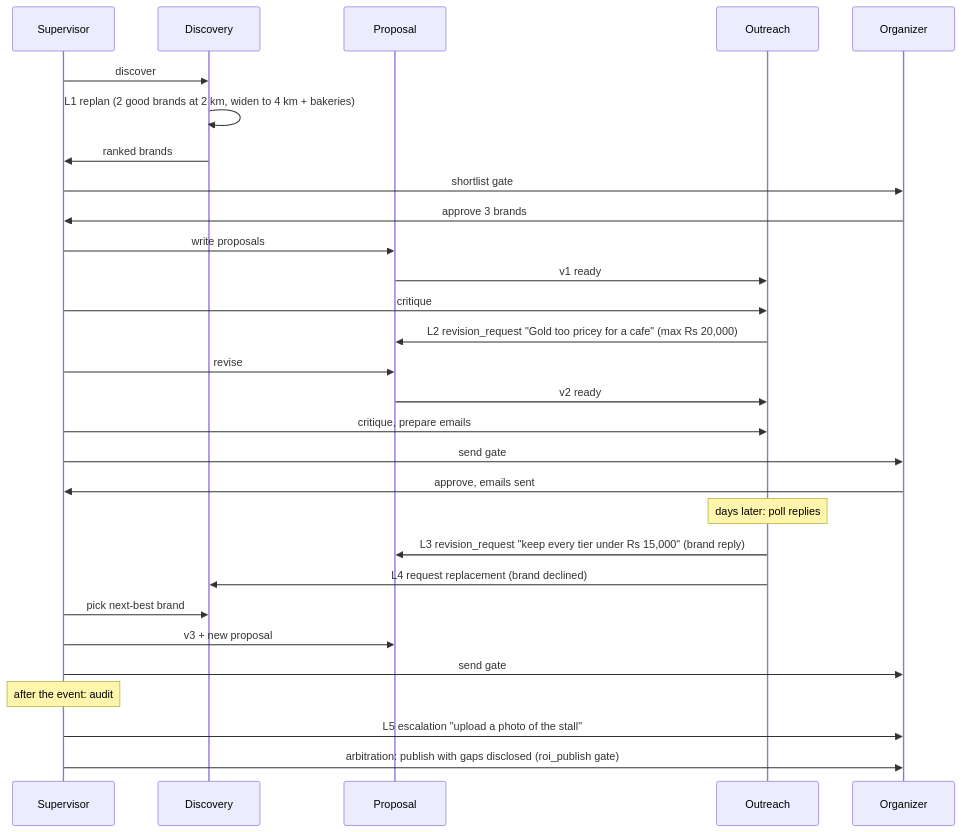
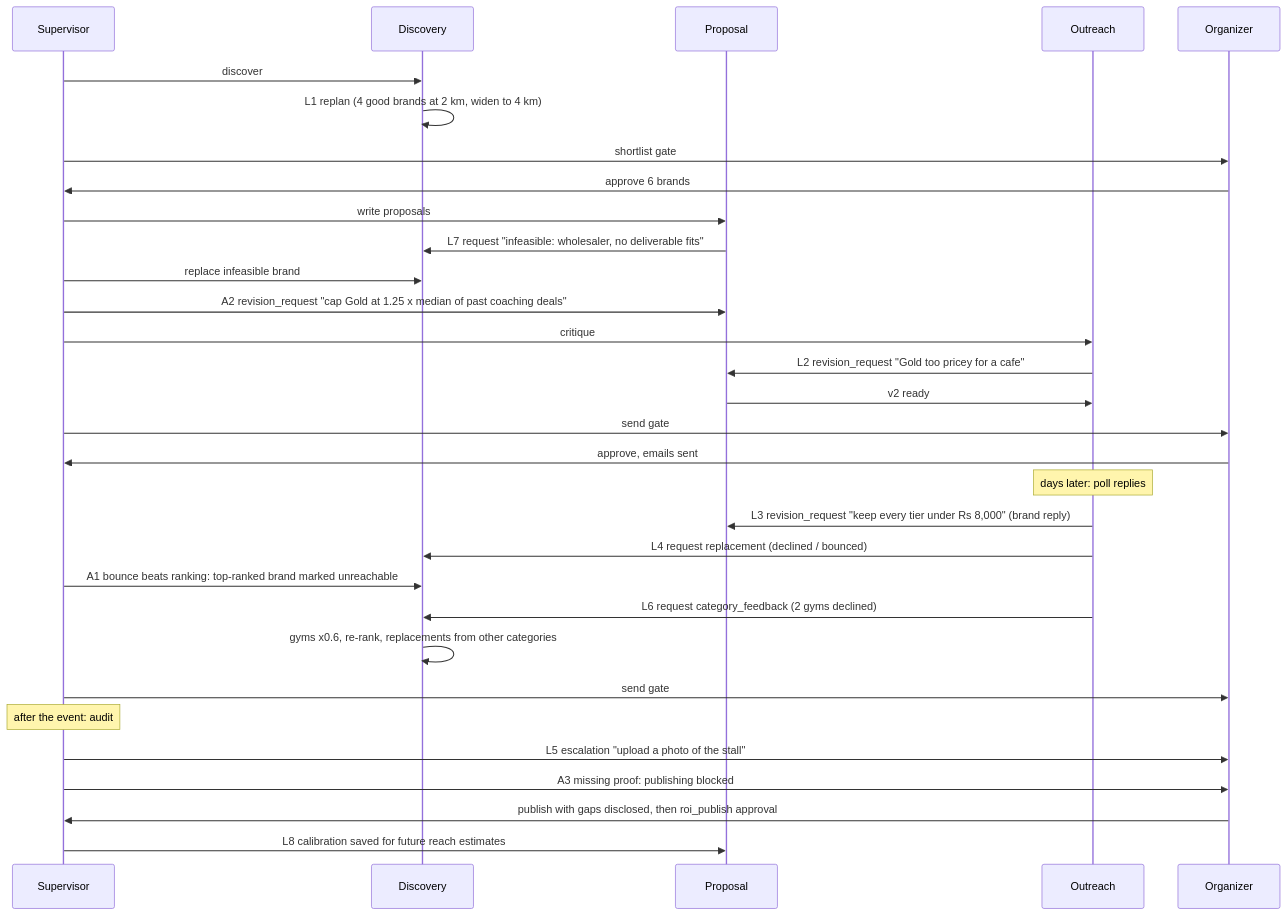
One commit to adroitathena2/Paytriq-Final changed the second of 2 diagrams in docs/design.md. Above: the diagram before and after it, drawn with Mermaid. The commit also changed other lines of this file and 67 other files, not shown here.

````diff
--- a/docs/design.md
+++ b/docs/design.md
@@ -115,31 +168,33 @@
 ```mermaid
 sequenceDiagram
   participant S as Supervisor
   participant D as Discovery
   participant P as Proposal
   participant O as Outreach
   participant H as Organizer
   S->>D: discover
-  D->>D: L1 replan (2 good brands at 2 km, widen to 4 km + bakeries)
-  D->>S: ranked brands
+  D->>D: L1 replan (4 good brands at 2 km, widen to 4 km)
   S->>H: shortlist gate
-  H->>S: approve 3 brands
+  H->>S: approve 6 brands
   S->>P: write proposals
-  P->>O: v1 ready
+  P->>D: L7 request "infeasible: wholesaler, no deliverable fits"
+  S->>D: replace infeasible brand
+  S->>P: A2 revision_request "cap Gold at 1.25 x median of past coaching deals"
   S->>O: critique
-  O->>P: L2 revision_request "Gold too pricey for a cafe" (max Rs 20,000)
-  S->>P: revise
+  O->>P: L2 revision_request "Gold too pricey for a cafe"
   P->>O: v2 ready
-  S->>O: critique, prepare emails
   S->>H: send gate
   H->>S: approve, emails sent
   Note over O: days later: poll replies
-  O->>P: L3 revision_request "keep every tier under Rs 15,000" (brand reply)
-  O->>D: L4 request replacement (brand declined)
-  S->>D: pick next-best brand
-  S->>P: v3 + new proposal
+  O->>P: L3 revision_request "keep every tier under Rs 8,000" (brand reply)
+  O->>D: L4 request replacement (declined / bounced)
+  S->>D: A1 bounce beats ranking: top-ranked brand marked unreachable
+  O->>D: L6 request category_feedback (2 gyms declined)
+  D->>D: gyms x0.6, re-rank, replacements from other categories
   S->>H: send gate
   Note over S: after the event: audit
   S->>H: L5 escalation "upload a photo of the stall"
-  S->>H: arbitration: publish with gaps disclosed (roi_publish gate)
+  S->>H: A3 missing proof: publishing blocked
+  H->>S: publish with gaps disclosed, then roi_publish approval
+  S->>P: L8 calibration saved for future reach estimates
 ```
````
